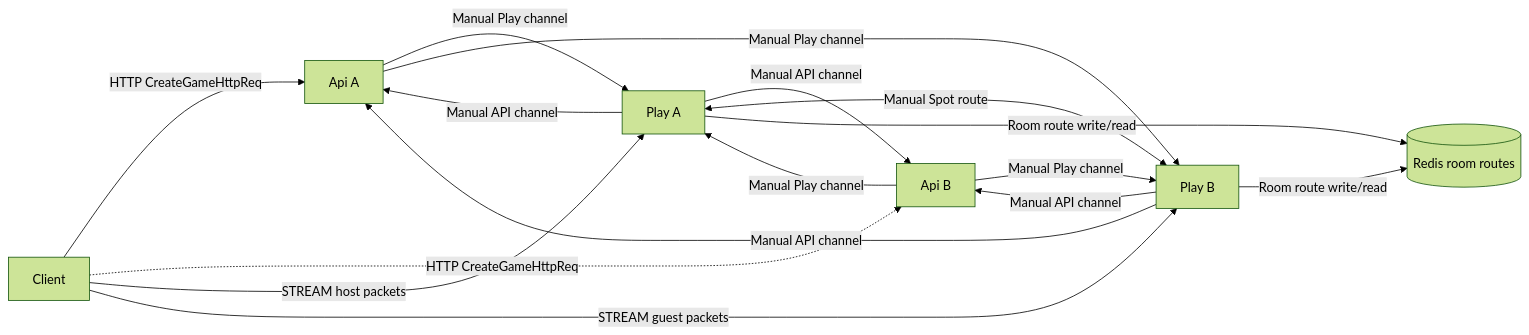
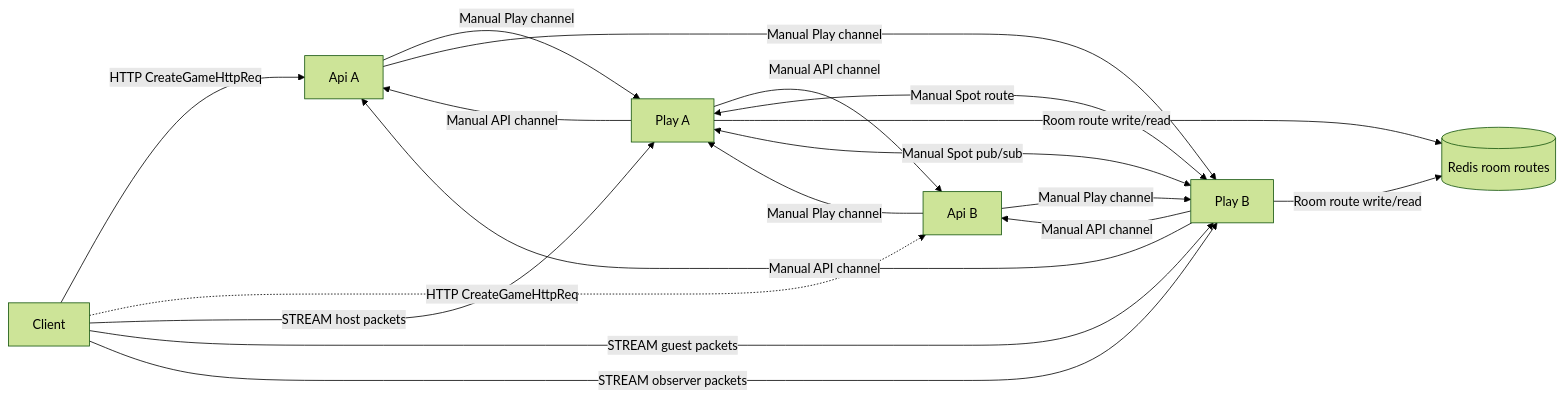
One commit to kairos-code-dev/zlink changed the first of 6 diagrams in framework/doc/framework/common/sample/tictactoe/README.ko.md. Above: the diagram before and after it, drawn with Mermaid (forest theme). The commit also changed other lines of this file, not shown here.

````diff
--- a/framework/doc/framework/common/sample/tictactoe/README.ko.md
+++ b/framework/doc/framework/common/sample/tictactoe/README.ko.md
@@ -52,25 +59,27 @@
 ```mermaid
 graph LR
     C[Client]
     APIA[Api A]
     APIB[Api B]
     PLAYA[Play A]
     PLAYB[Play B]
     REDIS[(Redis room routes)]
 
     C -->|HTTP CreateGameHttpReq| APIA
     C -.->|HTTP CreateGameHttpReq| APIB
     APIA -->|Manual Play channel| PLAYA
     APIA -->|Manual Play channel| PLAYB
     APIB -->|Manual Play channel| PLAYA
     APIB -->|Manual Play channel| PLAYB
     PLAYA -->|Manual API channel| APIA
     PLAYA -->|Manual API channel| APIB
     PLAYB -->|Manual API channel| APIA
     PLAYB -->|Manual API channel| APIB
     PLAYA <-->|Manual Spot route| PLAYB
     PLAYA -->|Room route write/read| REDIS
     PLAYB -->|Room route write/read| REDIS
     C -->|STREAM host packets| PLAYA
     C -->|STREAM guest packets| PLAYB
+    C -->|STREAM observer packets| PLAYB
+    PLAYA <-->|Manual Spot pub/sub| PLAYB
 ```
````
